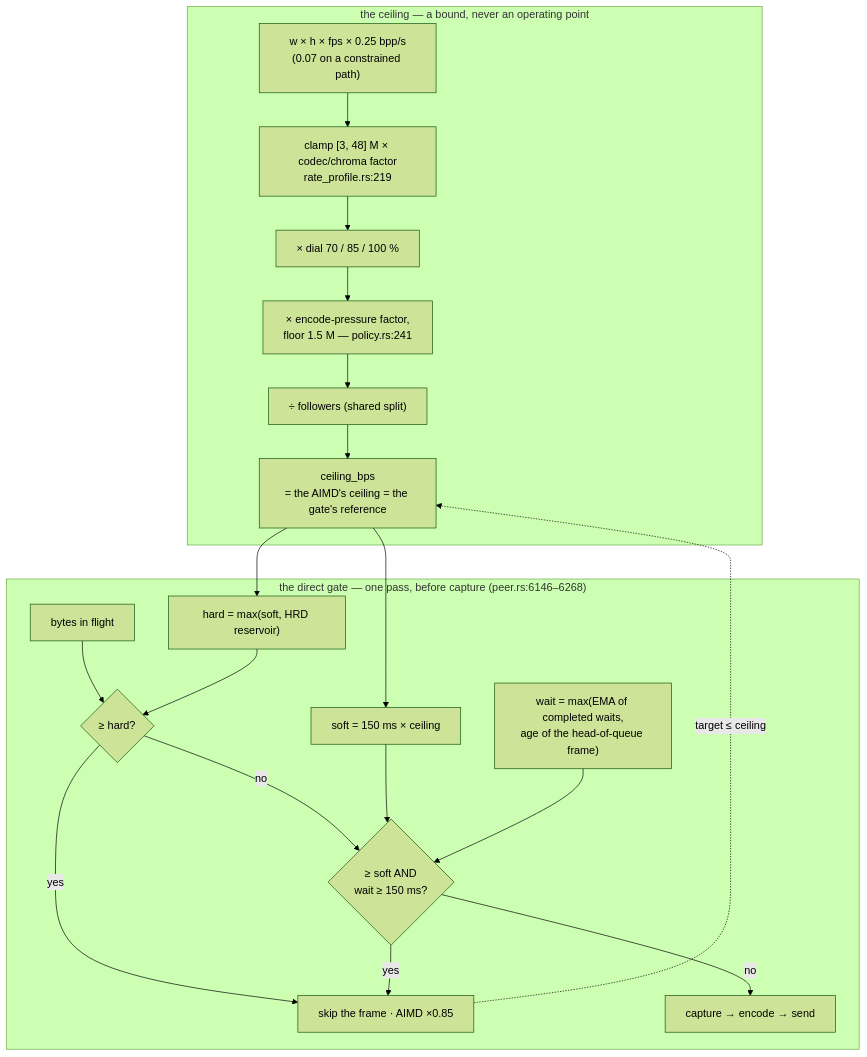
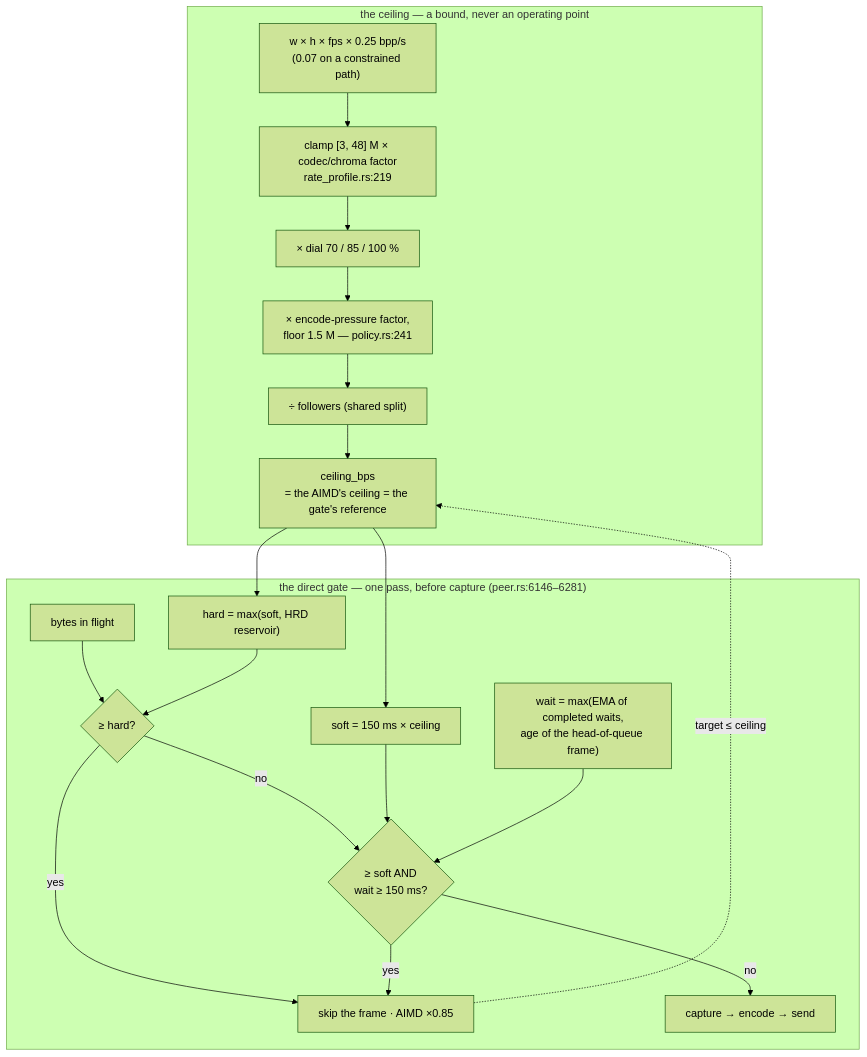
One commit to gjovanov/roomler-ai changed the fifth of 7 diagrams in docs/rate-control.md. Above: the diagram before and after it, drawn with Mermaid (forest theme). The commit also changed 19 other files, not shown here.

````diff
--- a/docs/rate-control.md
+++ b/docs/rate-control.md
@@ -658,24 +658,24 @@
 ```mermaid
 flowchart TB
     subgraph ceiling["the ceiling — a bound, never an operating point"]
         G["w × h × fps × 0.25 bpp/s<br/>(0.07 on a constrained path)"] --> C["clamp [3, 48] M × codec/chroma factor<br/>rate_profile.rs:219"]
         C --> D["× dial 70 / 85 / 100 %"]
         D --> E["× encode-pressure factor,<br/>floor 1.5 M — policy.rs:241"]
         E --> S["÷ followers (shared split)"]
         S --> CEIL["ceiling_bps<br/>= the AIMD's ceiling = the gate's reference"]
     end
-    subgraph gate["the direct gate — one pass, before capture (peer.rs:6146–6268)"]
+    subgraph gate["the direct gate — one pass, before capture (peer.rs:6146–6281)"]
         CEIL --> SOFT["soft = 150 ms × ceiling"]
         CEIL --> HARD["hard = max(soft, HRD reservoir)"]
         W["wait = max(EMA of completed waits,<br/>age of the head-of-queue frame)"]
         Q["bytes in flight"] --> H{"≥ hard?"}
         HARD --> H
         H -- yes --> TRIP["skip the frame · AIMD ×0.85"]
         H -- no --> SQ{"≥ soft AND<br/>wait ≥ 150 ms?"}
         SOFT --> SQ
         W --> SQ
         SQ -- yes --> TRIP
         SQ -- no --> PASS["capture → encode → send"]
     end
     TRIP -.->|"target ≤ ceiling"| CEIL
 ```
````
